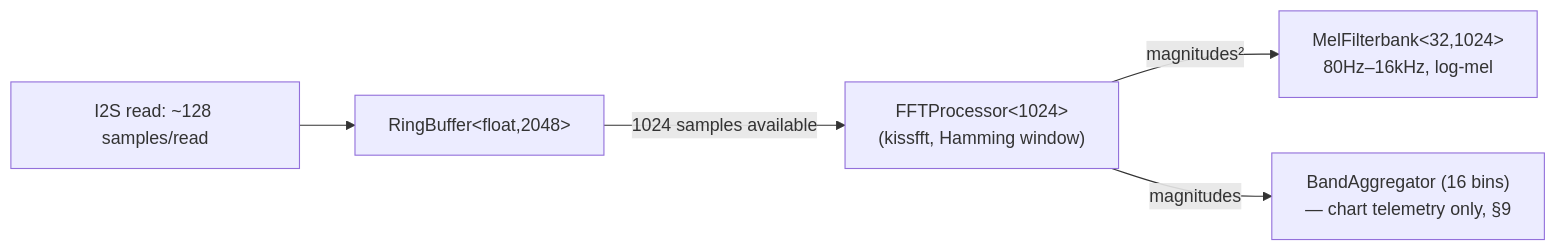
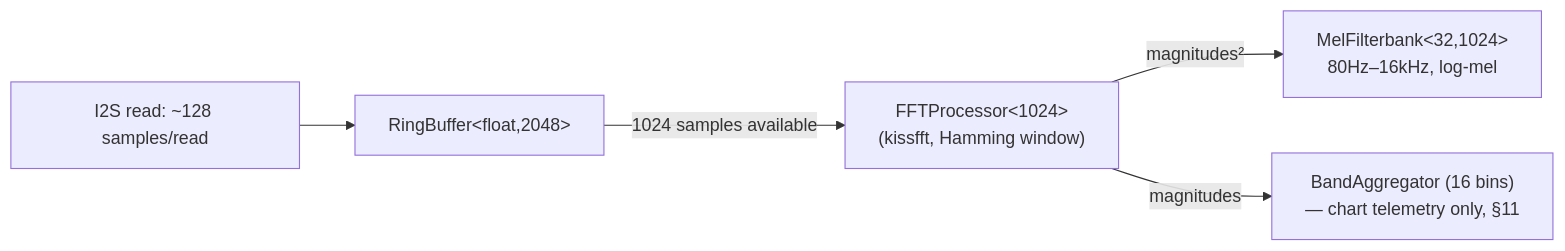
Before and after one commit to dinther/tapbox: the second of 4 diagrams in BEAT_DETECTION.md, drawn with Mermaid. The commit also changed other lines of this file and 3 other files, not shown here.

````diff
--- a/BEAT_DETECTION.md
+++ b/BEAT_DETECTION.md
@@ -103,7 +103,7 @@
 ```mermaid
 flowchart LR
     I2S["I2S read: ~128 samples/read"] --> RING["RingBuffer&lt;float,2048&gt;"]
     RING -->|"1024 samples available"| FFT["FFTProcessor&lt;1024&gt;<br/>(kissfft, Hamming window)"]
     FFT -->|"magnitudes²"| MEL["MelFilterbank&lt;32,1024&gt;<br/>80Hz–16kHz, log-mel"]
-    FFT -->|"magnitudes"| BAND["BandAggregator (16 bins)<br/>— chart telemetry only, §9"]
+    FFT -->|"magnitudes"| BAND["BandAggregator (16 bins)<br/>— chart telemetry only, §11"]
 ```
````
